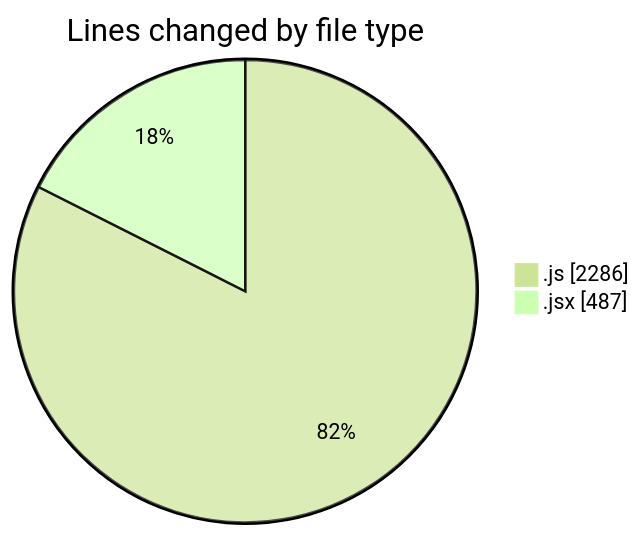
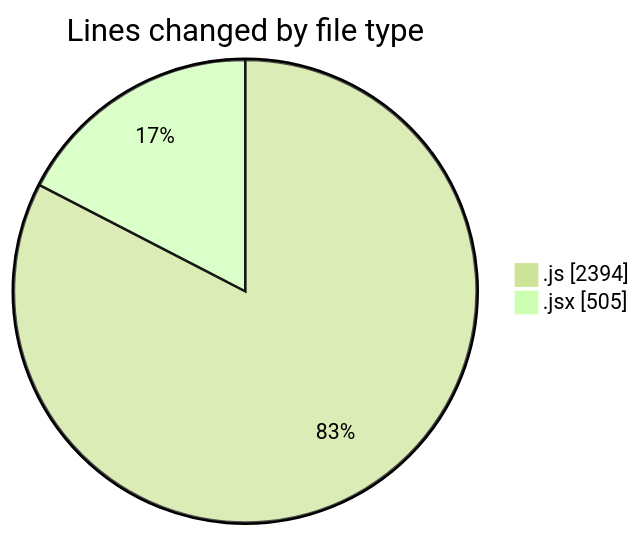
One commit to nxtqubesakshisongat/code-tracking changed the first of 2 diagrams in 2025-07-27/nxtqube_webapp/README.md. Above: the diagram before and after it, drawn with Mermaid (forest theme). The commit also changed other lines of this file and 1 other file, not shown here.

````diff
--- a/2025-07-27/nxtqube_webapp/README.md
+++ b/2025-07-27/nxtqube_webapp/README.md
@@ -24,6 +24,6 @@
 ```mermaid
 pie showData
 title Lines changed by file type
-".js" : 2286
-".jsx" : 487
+".js" : 2394
+".jsx" : 505
 ```
````
